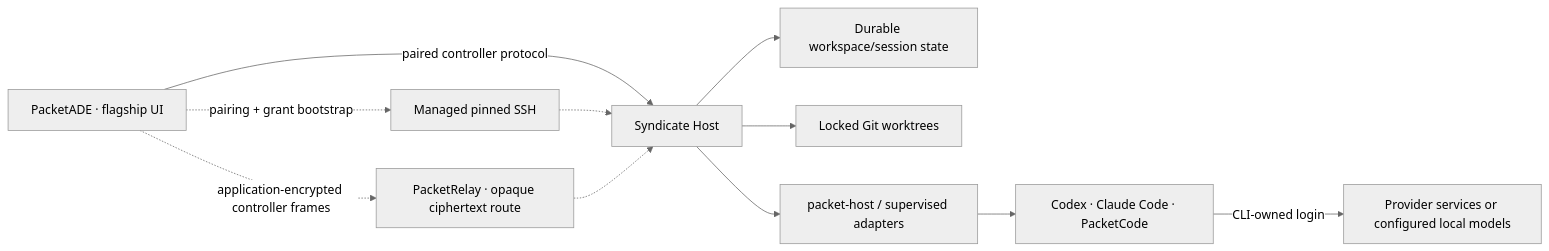
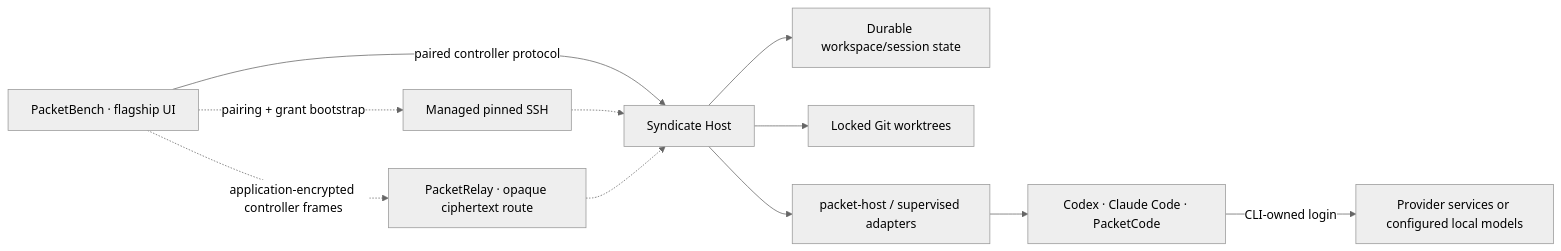
The diagram in dev/syndicate-execution-target.md (packetloss404/PacketADE), drawn with Mermaid (neutral theme) before and after one commit. The commit also changed other lines of this file and 403 other files, not shown here.

````diff
--- a/dev/syndicate-execution-target.md
+++ b/dev/syndicate-execution-target.md
@@ -236,13 +236,13 @@
 ```mermaid
 flowchart LR
-    ADE["PacketADE · flagship UI"] -->|"paired controller protocol"| Host["Syndicate Host"]
+    ADE["PacketBench · flagship UI"] -->|"paired controller protocol"| Host["Syndicate Host"]
     ADE -. "pairing + grant bootstrap" .-> SSH["Managed pinned SSH"]
     SSH -.-> Host
     ADE -. "application-encrypted controller frames" .-> Relay["PacketRelay · opaque ciphertext route"]
     Relay -.-> Host
     Host --> Store["Durable workspace/session state"]
     Host --> Worktrees["Locked Git worktrees"]
     Host --> Runtime["packet-host / supervised adapters"]
     Runtime --> CLIs["Codex · Claude Code · PacketCode"]
     CLIs -->|"CLI-owned login"| Providers["Provider services or configured local models"]
 ```
````
